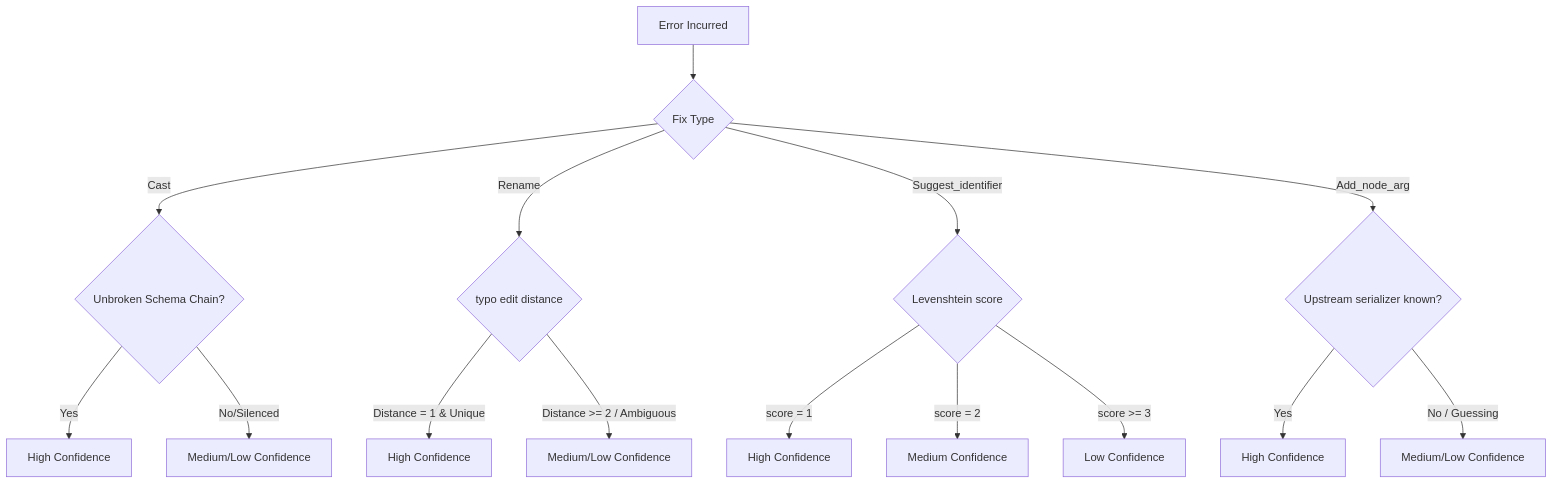
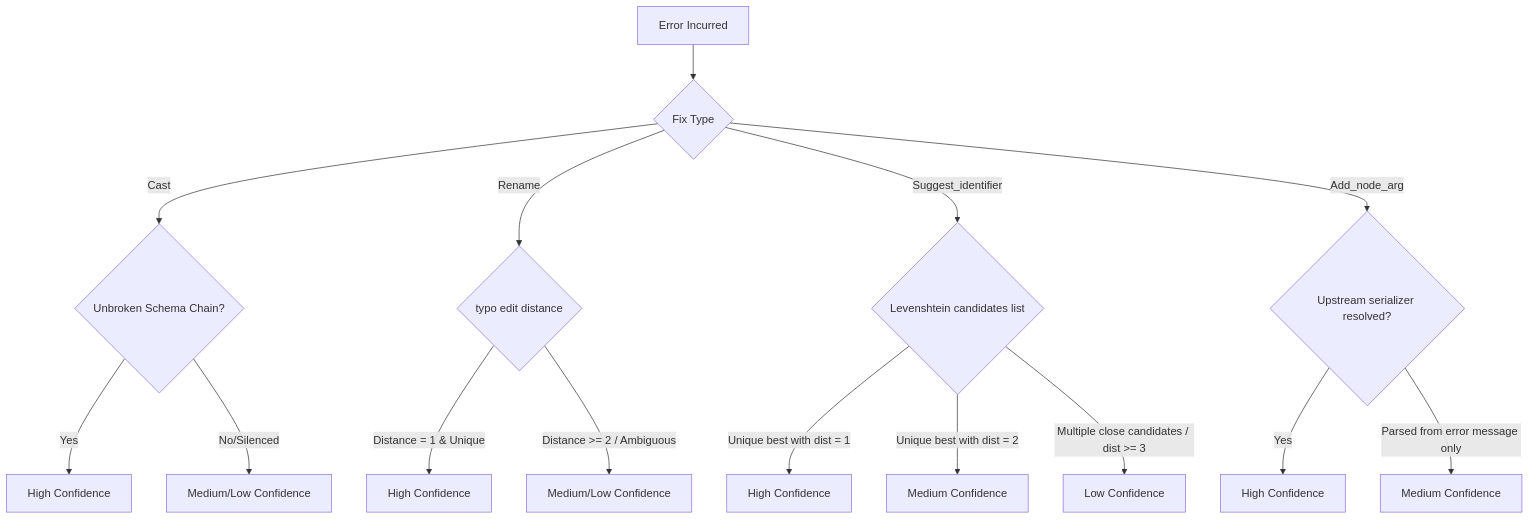
Before and after one commit to b-rodrigues/tlang: the diagram in spec_files/confidence_design_study.md, drawn with Mermaid. The commit also changed other lines of this file, not shown here.

Commit message:
docs(spec): refine confidence levels study with hybrid path and uniqueness thresholds

````diff
--- a/spec_files/confidence_design_study.md
+++ b/spec_files/confidence_design_study.md
@@ -11,21 +11,21 @@
 ```mermaid
 graph TD
     A[Error Incurred] --> B{Fix Type}
     
     B -->|Cast| C{Unbroken Schema Chain?}
     C -->|Yes| C1[High Confidence]
     C -->|No/Silenced| C2[Medium/Low Confidence]
     
     B -->|Rename| D{ typo edit distance }
     D -->|Distance = 1 & Unique| D1[High Confidence]
     D -->|Distance >= 2 / Ambiguous| D2[Medium/Low Confidence]
     
-    B -->|Suggest_identifier| E{Levenshtein score}
-    E -->|score = 1| E1[High Confidence]
-    E -->|score = 2| E2[Medium Confidence]
-    E -->|score >= 3| E3[Low Confidence]
+    B -->|Suggest_identifier| E{Levenshtein candidates list}
+    E -->|Unique best with dist = 1| E1[High Confidence]
+    E -->|Unique best with dist = 2| E2[Medium Confidence]
+    E -->|Multiple close candidates / dist >= 3| E3[Low Confidence]
     
-    B -->|Add_node_arg| F{Upstream serializer known?}
+    B -->|Add_node_arg| F{Upstream serializer resolved?}
     F -->|Yes| F1[High Confidence]
-    F -->|No / Guessing| F2[Medium/Low Confidence]
+    F -->|Parsed from error message only| F2[Medium Confidence]
 ```
````
